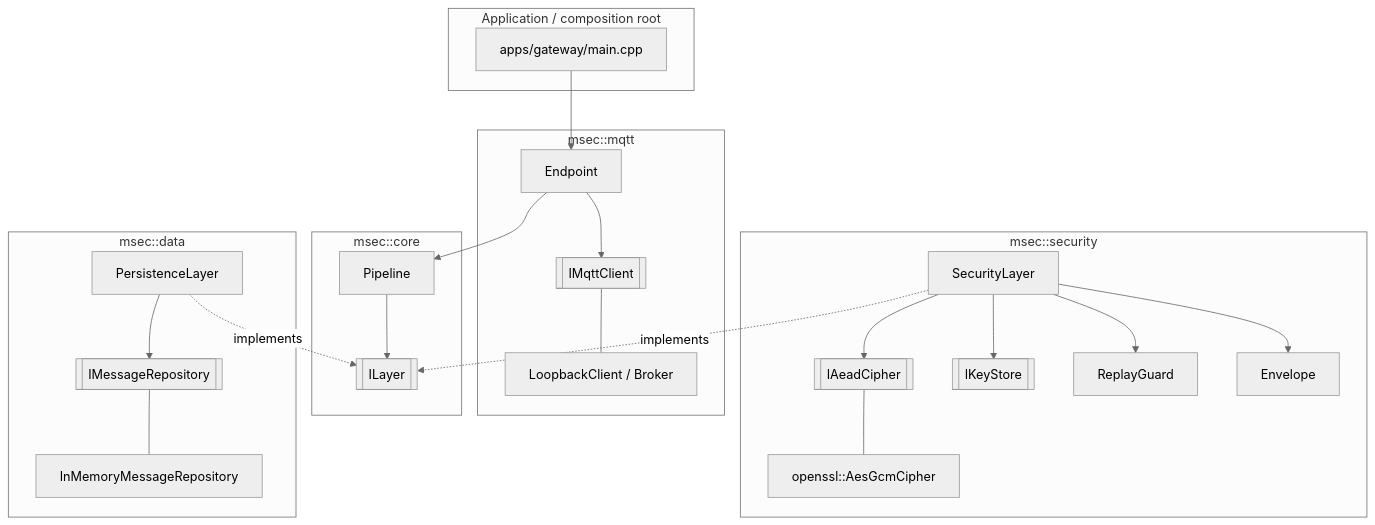
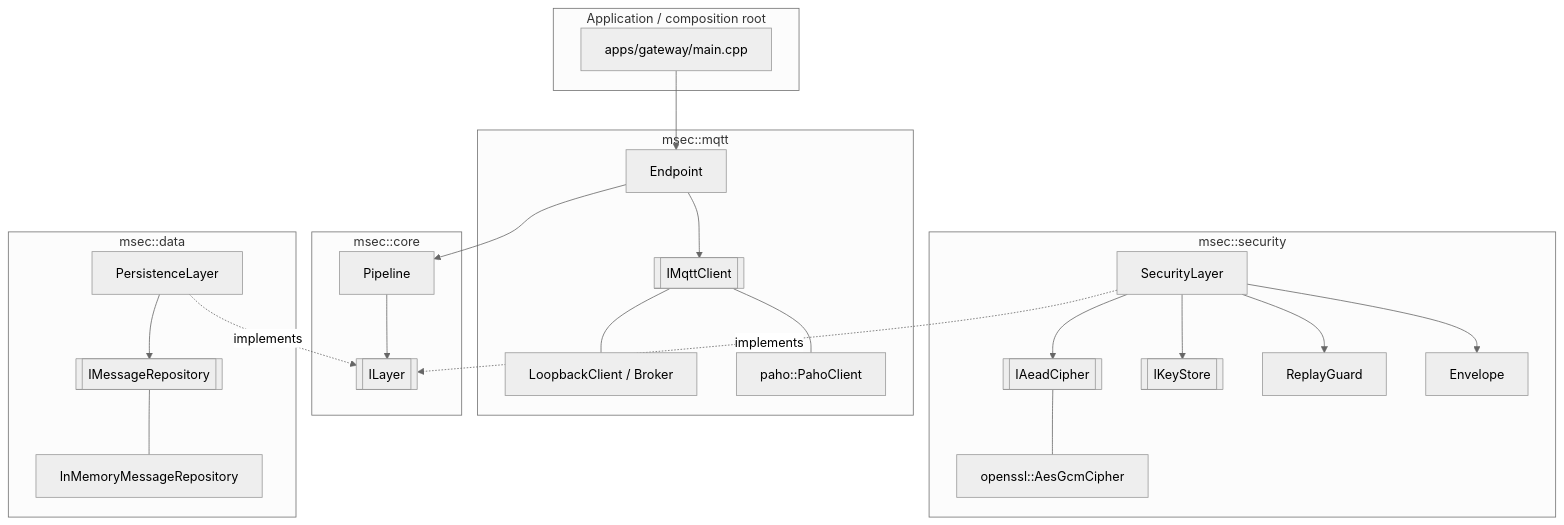
One commit to joaoaeafonso/mqtt_secure changed the diagram in README.md. Above: the diagram before and after it, drawn with Mermaid (neutral theme). The commit also changed other lines of this file and 6 other files, not shown here.

````diff
--- a/README.md
+++ b/README.md
@@ -67,33 +118,35 @@
 ```mermaid
 flowchart TB
     subgraph app[Application / composition root]
         main[apps/gateway/main.cpp]
     end
     subgraph mqtt[msec::mqtt]
         EP[Endpoint]
         IC[[IMqttClient]]
         LB[LoopbackClient / Broker]
+        PC[paho::PahoClient]
     end
     subgraph core[msec::core]
         PL[Pipeline]
         IL[[ILayer]]
     end
     subgraph sec[msec::security]
         SL[SecurityLayer]
         AE[[IAeadCipher]] --- GCM[openssl::AesGcmCipher]
         KS[[IKeyStore]]
         RG[ReplayGuard]
         EN[Envelope]
     end
     subgraph data[msec::data]
         PEL[PersistenceLayer]
         RP[[IMessageRepository]] --- IMR[InMemoryMessageRepository]
     end
     main --> EP
     EP --> PL --> IL
     EP --> IC --- LB
+    IC --- PC
     SL -. implements .-> IL
     PEL -. implements .-> IL
     SL --> AE & KS & RG & EN
     PEL --> RP
 ```
````
